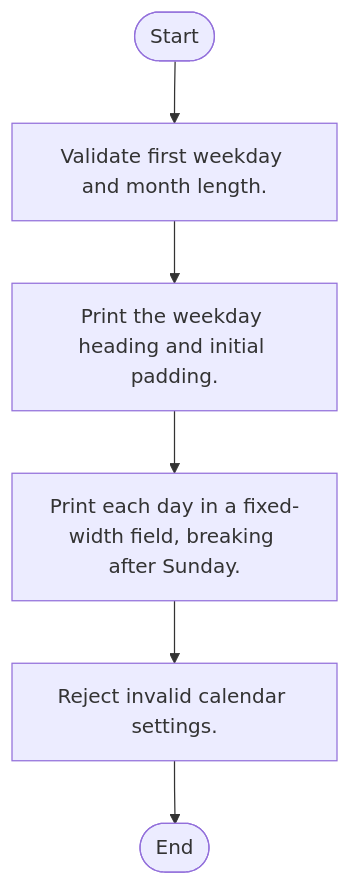
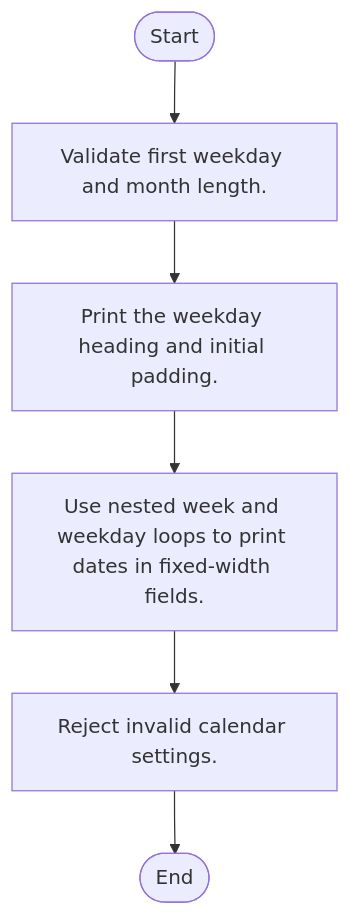
The diagram in 37_monthly_calendar_generator/README.md (srinijadhanvi-crypto/Python-Activity-Based-Learning), drawn with Mermaid before and after one commit. The commit also changed other lines of this file and 25 other files, not shown here.

````diff
--- a/37_monthly_calendar_generator/README.md
+++ b/37_monthly_calendar_generator/README.md
@@ -23,9 +23,9 @@
 ```mermaid
 flowchart TD
     S([Start]) --> A
     A["Validate first weekday and month length."] --> N1
     N1["Print the weekday heading and initial padding."] --> N2
-    N2["Print each day in a fixed-width field, breaking after Sunday."] --> N3
+    N2["Use nested week and weekday loops to print dates in fixed-width fields."] --> N3
     N3["Reject invalid calendar settings."] --> Z
     Z([End])
 ```
````
